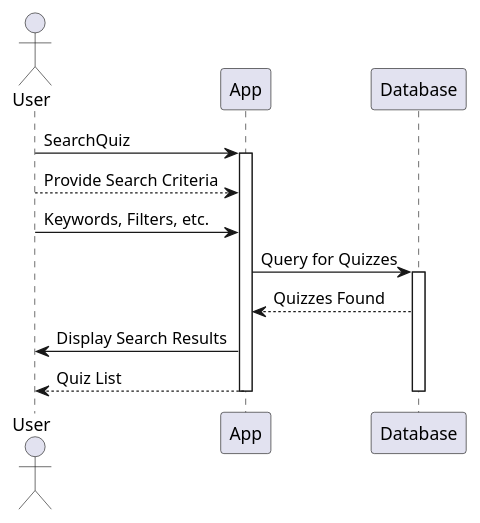
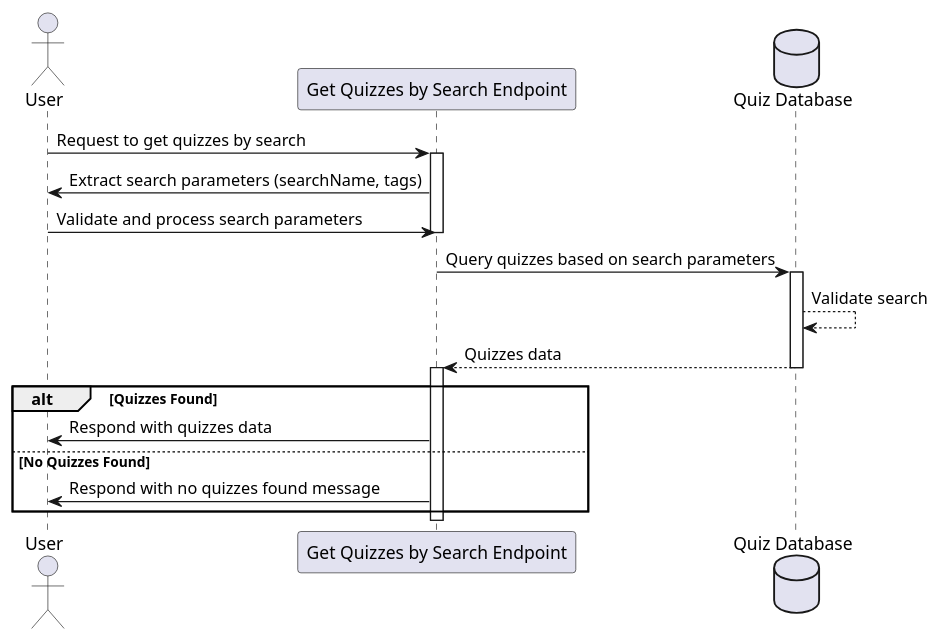
Before and after one commit to LeDuy0806/SE357-Practice-Class: the diagram in Lab1/Lab1.2/Sequencediagram/SearchQuiz/SearchQuiz.plantuml, drawn with PlantUML. The commit also changed 100 other files, not shown here.

```diff
--- a/Lab1/Lab1.2/Sequencediagram/SearchQuiz/SearchQuiz.plantuml
+++ b/Lab1/Lab1.2/Sequencediagram/SearchQuiz/SearchQuiz.plantuml
@@ -1,17 +1,26 @@
-@startuml SearchQuizSequence
-actor User
-User -> App: SearchQuiz
-activate App
+@startuml
+actor User as U
+participant "Get Quizzes by Search Endpoint" as GetQuizzesEndpoint
+database "Quiz Database" as DB
 
-User --> App: Provide Search Criteria
-User -> App: Keywords, Filters, etc.
+U -> GetQuizzesEndpoint: Request to get quizzes by search
+activate GetQuizzesEndpoint
+GetQuizzesEndpoint -> U: Extract search parameters (searchName, tags)
+U -> GetQuizzesEndpoint: Validate and process search parameters
+deactivate GetQuizzesEndpoint
+GetQuizzesEndpoint -> DB: Query quizzes based on search parameters
+activate DB
+DB-->DB : Validate search
+DB --> GetQuizzesEndpoint: Quizzes data
 
-App -> Database: Query for Quizzes
-activate Database
-App <-- Database: Quizzes Found
-App -> User: Display Search Results
-User <-- App: Quiz List
+deactivate DB
+activate GetQuizzesEndpoint
 
-deactivate Database
-deactivate App
+alt Quizzes Found
+    GetQuizzesEndpoint -> U: Respond with quizzes data
+else No Quizzes Found
+    GetQuizzesEndpoint -> U: Respond with no quizzes found message
+end
+
+deactivate GetQuizzesEndpoint
 @enduml
```
